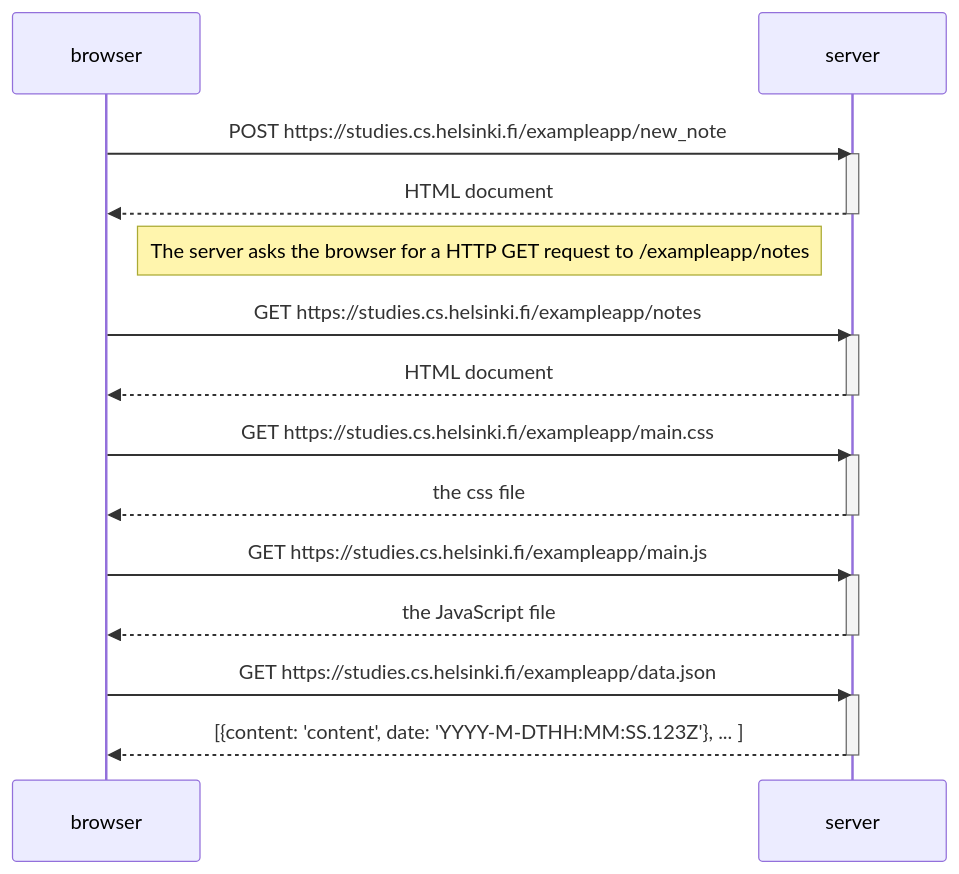
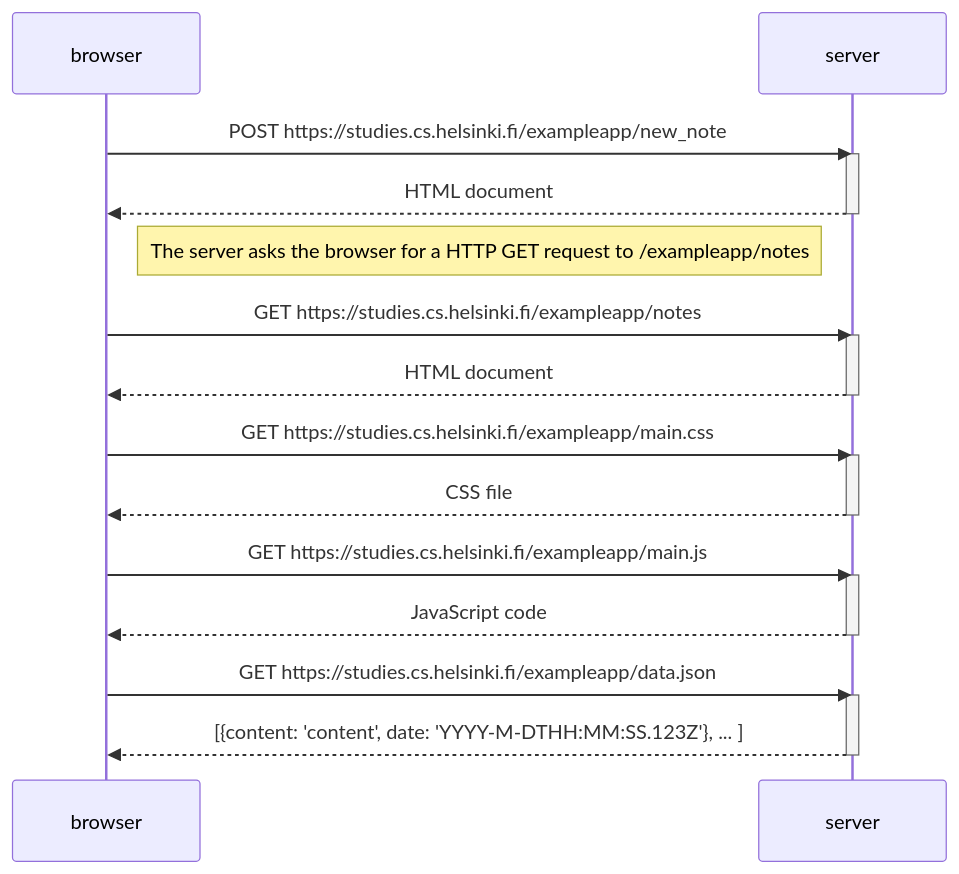
Before and after one commit to kllelndhlm/FullStackOpen: the diagram in 0/pt0ex4.md, drawn with Mermaid.

Commit message:
Update pt0ex4.md
Update pt0ex4

````diff
--- a/0/pt0ex4.md
+++ b/0/pt0ex4.md
@@ -1,33 +1,33 @@
 ```mermaid
 sequenceDiagram
     participant browser
     participant server
     
     browser->>server: POST https://studies.cs.helsinki.fi/exampleapp/new_note
     activate server
     server-->>browser: HTML document
 
     deactivate server
 
     Note right of browser: The server asks the browser for a HTTP GET request to /exampleapp/notes
     
     browser->>server: GET https://studies.cs.helsinki.fi/exampleapp/notes
     activate server
     server-->>browser: HTML document
     deactivate server
 
     browser->>server: GET https://studies.cs.helsinki.fi/exampleapp/main.css
     activate server
-    server-->>browser: the css file
+    server-->>browser: CSS file
     deactivate server
     
     browser->>server: GET https://studies.cs.helsinki.fi/exampleapp/main.js
     activate server
-    server-->>browser: the JavaScript file
+    server-->>browser: JavaScript code
     deactivate server
         
     browser->>server: GET https://studies.cs.helsinki.fi/exampleapp/data.json
     activate server
     server-->>browser: [{content: 'content', date: 'YYYY-M-DTHH:MM:SS.123Z'}, ... ]
     deactivate server    
 ```
````
